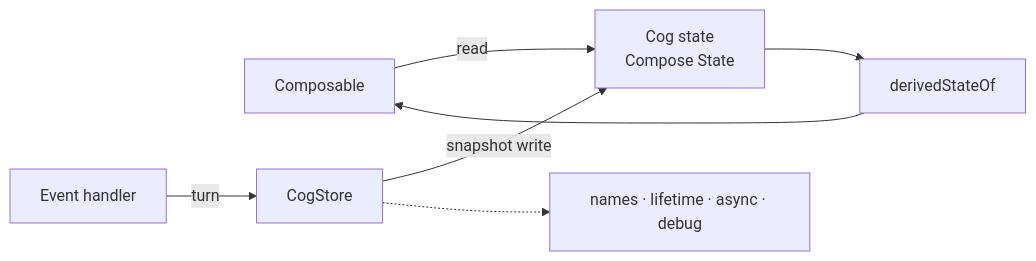
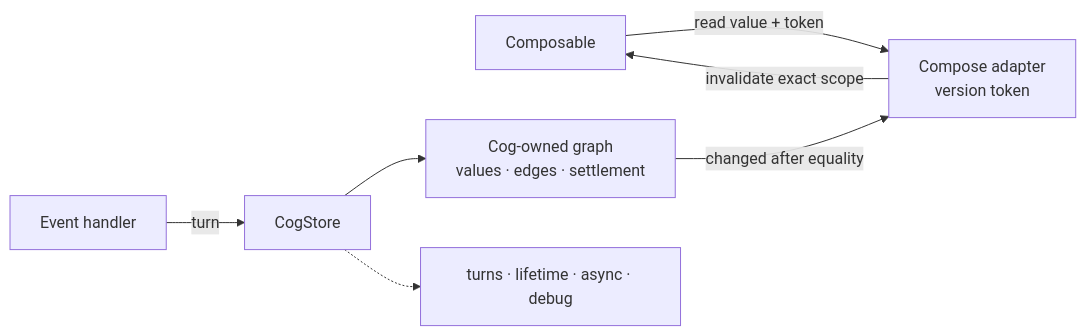
One commit to skeswa/cog changed the diagram in docs/kotlin/README.md. Above: the diagram before and after it, drawn with Mermaid. The commit also changed other lines of this file and 5 other files, not shown here.

````diff
--- a/docs/kotlin/README.md
+++ b/docs/kotlin/README.md
@@ -55,9 +56,9 @@
 ```mermaid
 flowchart LR
-    UI["Composable"] -->|"read"| State["Cog state<br/>Compose State"]
+    UI["Composable"] -->|"read value + token"| Boundary["Compose adapter<br/>version token"]
     Event["Event handler"] -->|"turn"| Store["CogStore"]
-    Store -->|"snapshot write"| State
-    State --> Automatic["derivedStateOf"]
-    Automatic --> UI
-    Store -.-> Policy["names · lifetime · async · debug"]
+    Store --> Graph["Cog-owned graph<br/>values · edges · settlement"]
+    Graph -->|"changed after equality"| Boundary
+    Boundary -->|"invalidate exact scope"| UI
+    Store -.-> Policy["turns · lifetime · async · debug"]
 ```
````
